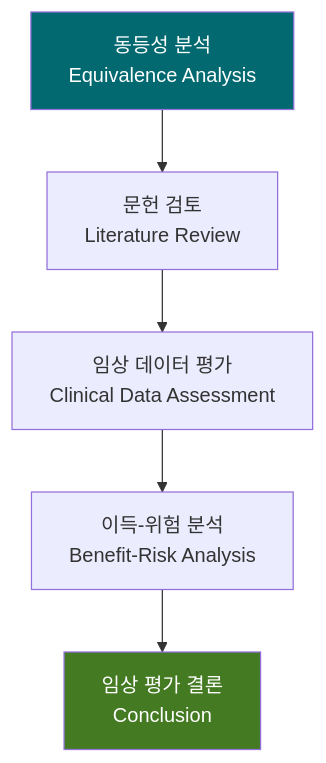
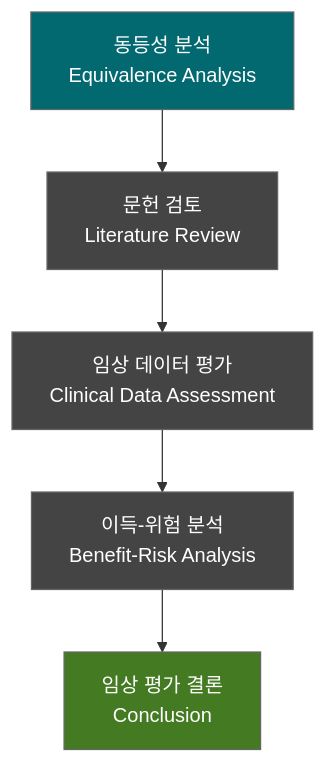
Before and after one commit to holee9/console-gui: the diagram in docs/verification/DOC-029_CER_v1.0.md, drawn with Mermaid. The commit also changed 30 other files, not shown here.

First line of the commit message:
fix: 전체 78개 문서 Mermaid classDef 일괄 적용 (231/231)

````diff
--- a/docs/verification/DOC-029_CER_v1.0.md
+++ b/docs/verification/DOC-029_CER_v1.0.md
@@ -30,10 +30,11 @@
 ```mermaid
 flowchart TD
+    classDef default fill:#444,stroke:#666,color:#fff
     A[동등성 분석<br/>Equivalence Analysis] --> B[문헌 검토<br/>Literature Review]
     B --> C[임상 데이터 평가<br/>Clinical Data Assessment]
     C --> D[이득-위험 분석<br/>Benefit-Risk Analysis]
     D --> E[임상 평가 결론<br/>Conclusion]
     
     style A fill:#01696F,color:#fff
     style E fill:#437A22,color:#fff
 ```
````
